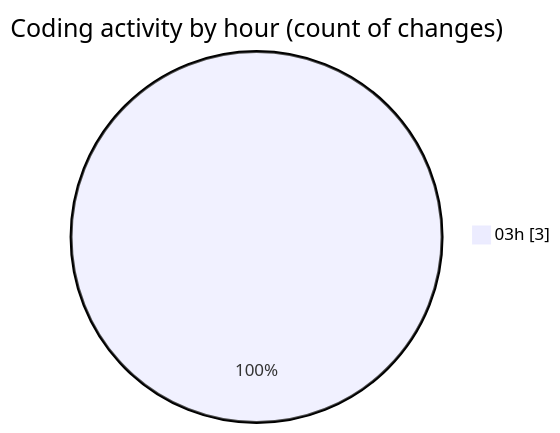
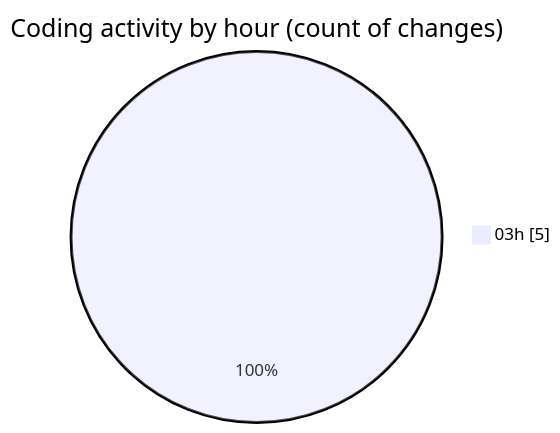
One commit to Ritupan-Deka/code-tracking changed the second of 2 diagrams in 2025-05-23/projects/README.md. Above: the diagram before and after it, drawn with Mermaid. The commit also changed other lines of this file and 1 other file, not shown here.

````diff
--- a/2025-05-23/projects/README.md
+++ b/2025-05-23/projects/README.md
@@ -28,5 +28,5 @@
 ```mermaid
 pie showData
 title Coding activity by hour (count of changes)
-"03h" : 3
+"03h" : 5
 ```
````
